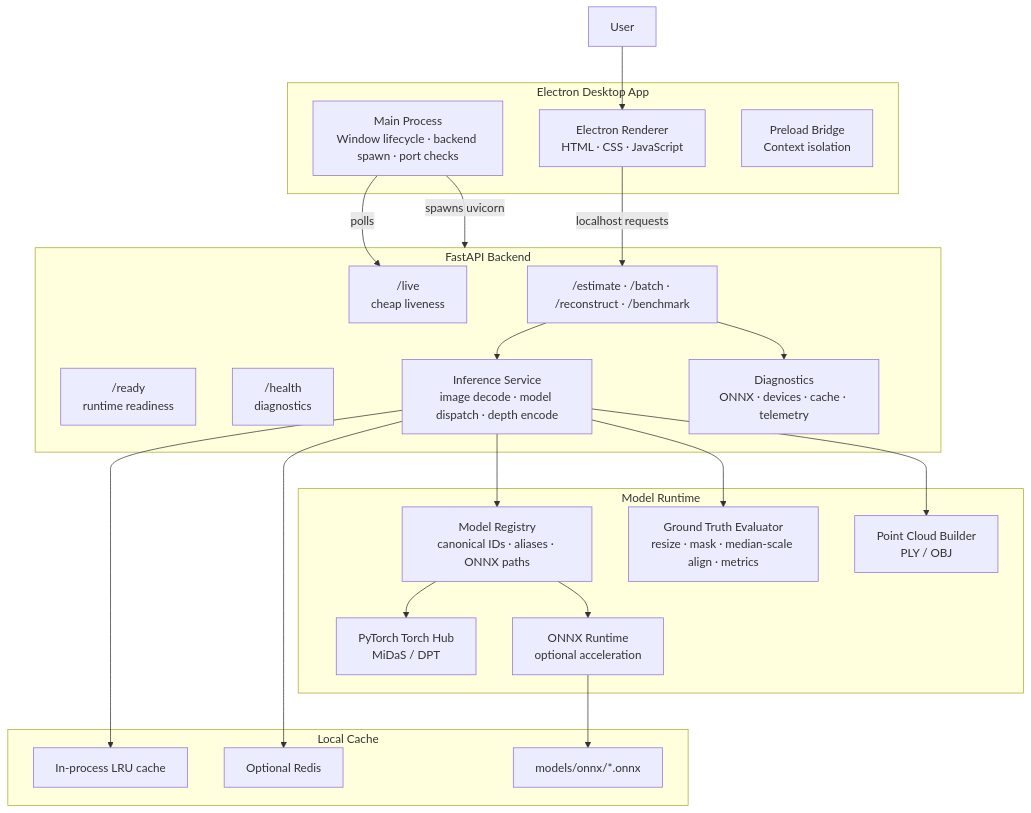
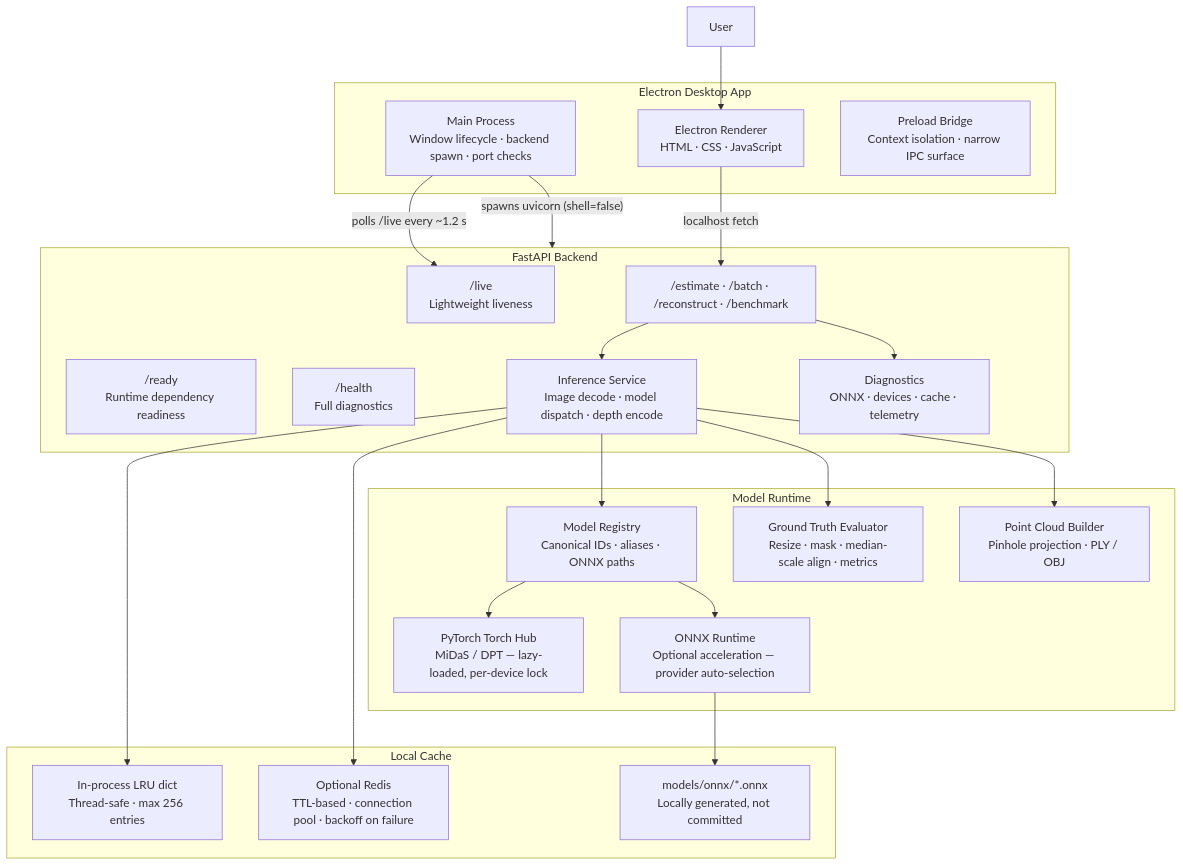
One commit to AyushmanRaha/DepthLensPro changed the first of 2 diagrams in README.md. Above: the diagram before and after it, drawn with Mermaid. The commit also changed other lines of this file, not shown here.

````diff
--- a/README.md
+++ b/README.md
@@ -268,47 +327,47 @@
 ```mermaid
 flowchart TB
     User["User"] --> Renderer["Electron Renderer\nHTML · CSS · JavaScript"]
 
     subgraph Electron["Electron Desktop App"]
         Main["Main Process\nWindow lifecycle · backend spawn · port checks"]
-        Preload["Preload Bridge\nContext isolation"]
+        Preload["Preload Bridge\nContext isolation · narrow IPC surface"]
         Renderer
     end
 
     subgraph API["FastAPI Backend"]
-        Live["/live\ncheap liveness"]
-        Ready["/ready\nruntime readiness"]
-        Health["/health\ndiagnostics"]
+        Live["/live\nLightweight liveness"]
+        Ready["/ready\nRuntime dependency readiness"]
+        Health["/health\nFull diagnostics"]
         Routes["/estimate · /batch · /reconstruct · /benchmark"]
-        Inference["Inference Service\nimage decode · model dispatch · depth encode"]
+        Inference["Inference Service\nImage decode · model dispatch · depth encode"]
         Diagnostics["Diagnostics\nONNX · devices · cache · telemetry"]
     end
 
     subgraph Runtime["Model Runtime"]
-        Registry["Model Registry\ncanonical IDs · aliases · ONNX paths"]
-        Torch["PyTorch Torch Hub\nMiDaS / DPT"]
-        ONNX["ONNX Runtime\noptional acceleration"]
-        GT["Ground Truth Evaluator\nresize · mask · median-scale align · metrics"]
-        Reconstruct["Point Cloud Builder\nPLY / OBJ"]
+        Registry["Model Registry\nCanonical IDs · aliases · ONNX paths"]
+        Torch["PyTorch Torch Hub\nMiDaS / DPT — lazy-loaded, per-device lock"]
+        ONNX["ONNX Runtime\nOptional acceleration — provider auto-selection"]
+        GT["Ground Truth Evaluator\nResize · mask · median-scale align · metrics"]
+        Reconstruct["Point Cloud Builder\nPinhole projection · PLY / OBJ"]
     end
 
     subgraph Cache["Local Cache"]
-        Memory["In-process LRU cache"]
-        Redis["Optional Redis"]
-        OnnxFiles["models/onnx/*.onnx"]
+        Memory["In-process LRU dict\nThread-safe · max 256 entries"]
+        Redis["Optional Redis\nTTL-based · connection pool · backoff on failure"]
+        OnnxFiles["models/onnx/*.onnx\nLocally generated, not committed"]
     end
 
-    Main -->|"spawns uvicorn"| API
-    Main -->|"polls"| Live
-    Renderer -->|"localhost requests"| Routes
+    Main -->|"spawns uvicorn (shell=false)"| API
+    Main -->|"polls /live every ~1.2 s"| Live
+    Renderer -->|"localhost fetch"| Routes
     Routes --> Inference
     Routes --> Diagnostics
     Inference --> Registry
     Registry --> Torch
     Registry --> ONNX
     ONNX --> OnnxFiles
     Inference --> GT
     Inference --> Reconstruct
     Inference --> Memory
     Inference --> Redis
 ```
````
